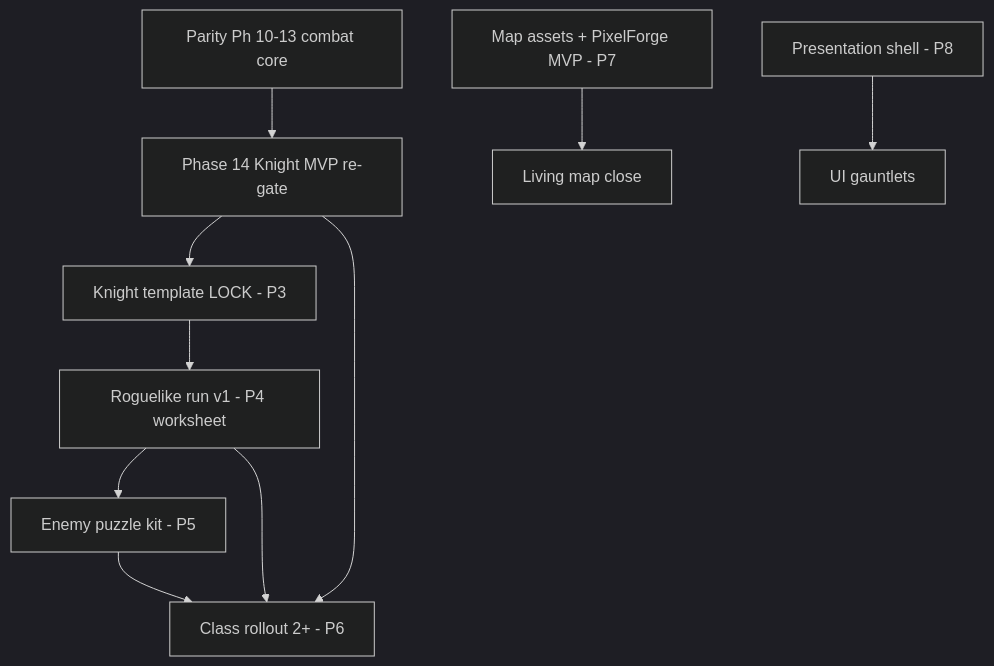
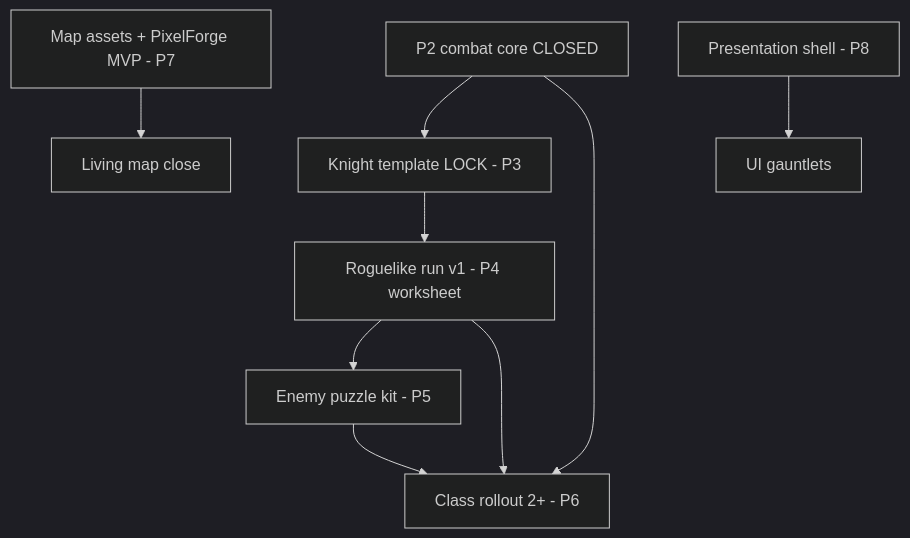
One commit to kendikong/honor-and-iron-3 changed the diagram in ROADMAP.md. Above: the diagram before and after it, drawn with Mermaid (dark theme). The commit also changed other lines of this file and 5 other files, not shown here.

Commit message:
Mark P2 combat-core closed per owner — active work shifts to P3 Knight

````diff
--- a/ROADMAP.md
+++ b/ROADMAP.md
@@ -651,12 +651,11 @@
 ```mermaid
 flowchart TD
-  P10[Parity Ph 10-13 combat core] --> P14[Phase 14 Knight MVP re-gate]
-  P14 --> KT[Knight template LOCK - P3]
+  P2done[P2 combat core CLOSED] --> KT[Knight template LOCK - P3]
   KT --> RUN[Roguelike run v1 - P4 worksheet]
   RUN --> EN[Enemy puzzle kit - P5]
   EN --> CR[Class rollout 2+ - P6]
   MAP[Map assets + PixelForge MVP - P7] --> LM[Living map close]
   UI[Presentation shell - P8] --> UII[UI gauntlets]
-  P14 --> CR
+  P2done --> CR
   RUN --> CR
 ```
````
